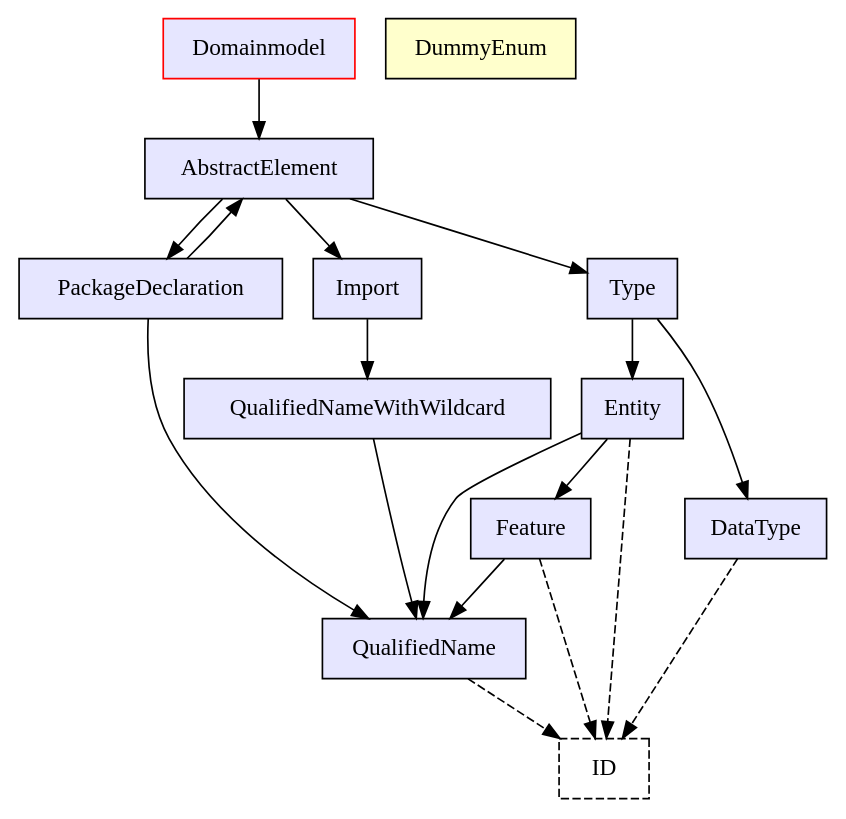
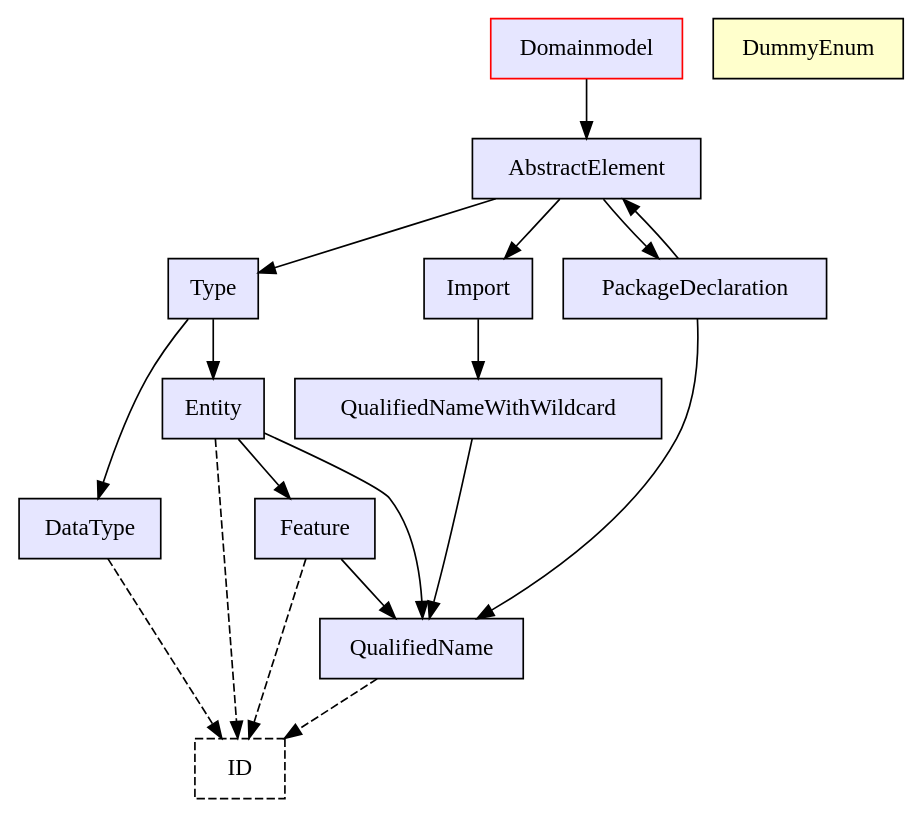
Before and after one commit to darvasd/xtext-docs-gen: the diagram in examples/org.example.domainmodel/docs.md, drawn with Graphviz. The commit also changed other lines of this file and 18 other files, not shown here.

````diff
--- a/examples/org.example.domainmodel/docs.md
+++ b/examples/org.example.domainmodel/docs.md
@@ -277,41 +277,41 @@
 ```dot
 digraph G {
 	node[ shape="rectangle", style="filled" ];
 	
 	// Highlight root rule
 	Domainmodel [ color="red" ];
 	
 	Domainmodel [ color="red", fillcolor="#e6e6ff" ];
 	Domainmodel -> AbstractElement;
 	AbstractElement [ color="black", fillcolor="#e6e6ff" ];
 	AbstractElement -> PackageDeclaration;
 	AbstractElement -> Type;
 	AbstractElement -> Import;
 	PackageDeclaration [ color="black", fillcolor="#e6e6ff" ];
+	PackageDeclaration -> AbstractElement;
 	PackageDeclaration -> QualifiedName;
-	PackageDeclaration -> AbstractElement;
 	Import [ color="black", fillcolor="#e6e6ff" ];
 	Import -> QualifiedNameWithWildcard;
 	QualifiedName [ color="black", fillcolor="#e6e6ff" ];
 	ID [ color="black", fillcolor="#e6e6ff", style="dashed" ];
 	QualifiedName -> ID [ style="dashed" ];
 	QualifiedNameWithWildcard [ color="black", fillcolor="#e6e6ff" ];
 	QualifiedNameWithWildcard -> QualifiedName;
 	Type [ color="black", fillcolor="#e6e6ff" ];
+	Type -> DataType;
 	Type -> Entity;
-	Type -> DataType;
 	DataType [ color="black", fillcolor="#e6e6ff" ];
 	ID [ color="black", fillcolor="#e6e6ff", style="dashed" ];
 	DataType -> ID [ style="dashed" ];
 	Entity [ color="black", fillcolor="#e6e6ff" ];
-	Entity -> Feature;
 	ID [ color="black", fillcolor="#e6e6ff", style="dashed" ];
 	Entity -> ID [ style="dashed" ];
+	Entity -> Feature;
 	Entity -> QualifiedName;
 	Feature [ color="black", fillcolor="#e6e6ff" ];
 	ID [ color="black", fillcolor="#e6e6ff", style="dashed" ];
 	Feature -> ID [ style="dashed" ];
 	Feature -> QualifiedName;
 	DummyEnum [ color="black", fillcolor="#ffffcc" ];
 }
 ```
````
